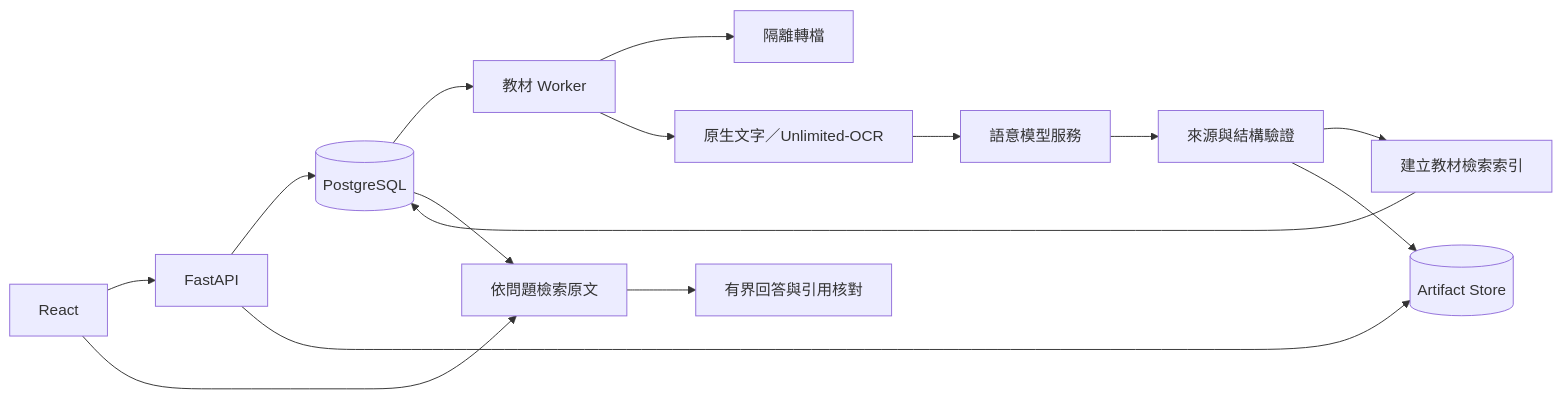
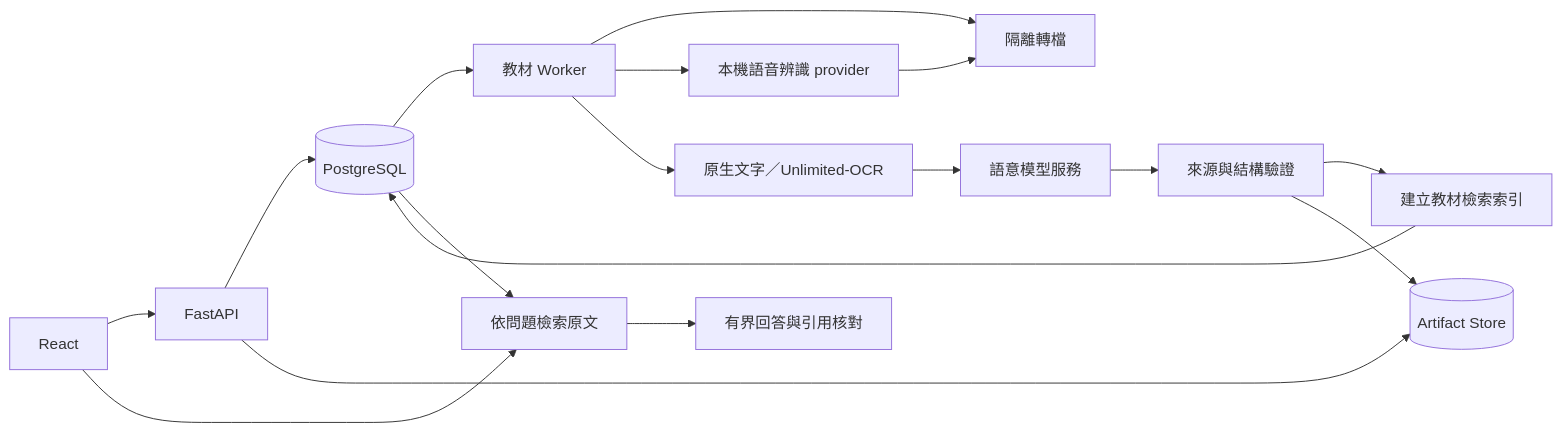
One commit to C6Yelan/Studydy changed the diagram in docs/architecture.md. Above: the diagram before and after it, drawn with Mermaid. The commit also changed other lines of this file and 53 other files, not shown here.

```diff
--- a/docs/architecture.md
+++ b/docs/architecture.md
@@ -7,17 +7,19 @@
 ~~~mermaid
 flowchart LR
     UI[React] --> API[FastAPI]
     API --> DB[(PostgreSQL)]
     API --> Store[(Artifact Store)]
     DB --> Worker[教材 Worker]
     Worker --> Convert[隔離轉檔]
+    Worker --> STT[本機語音辨識 provider]
+    STT --> Convert
     Worker --> Evidence[原生文字／Unlimited-OCR]
     Evidence --> Model[語意模型服務]
     Model --> Validate[來源與結構驗證]
     Validate --> Index[建立教材檢索索引]
     Index --> DB
     UI --> Retrieve[依問題檢索原文]
     DB --> Retrieve
     Retrieve --> Answer[有界回答與引用核對]
     Validate --> Store
 ~~~
```
